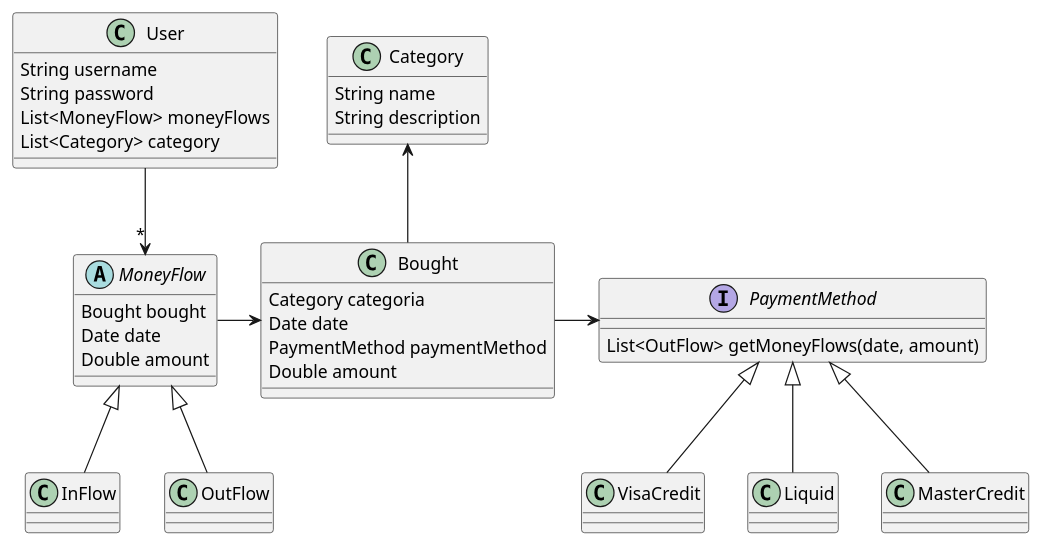
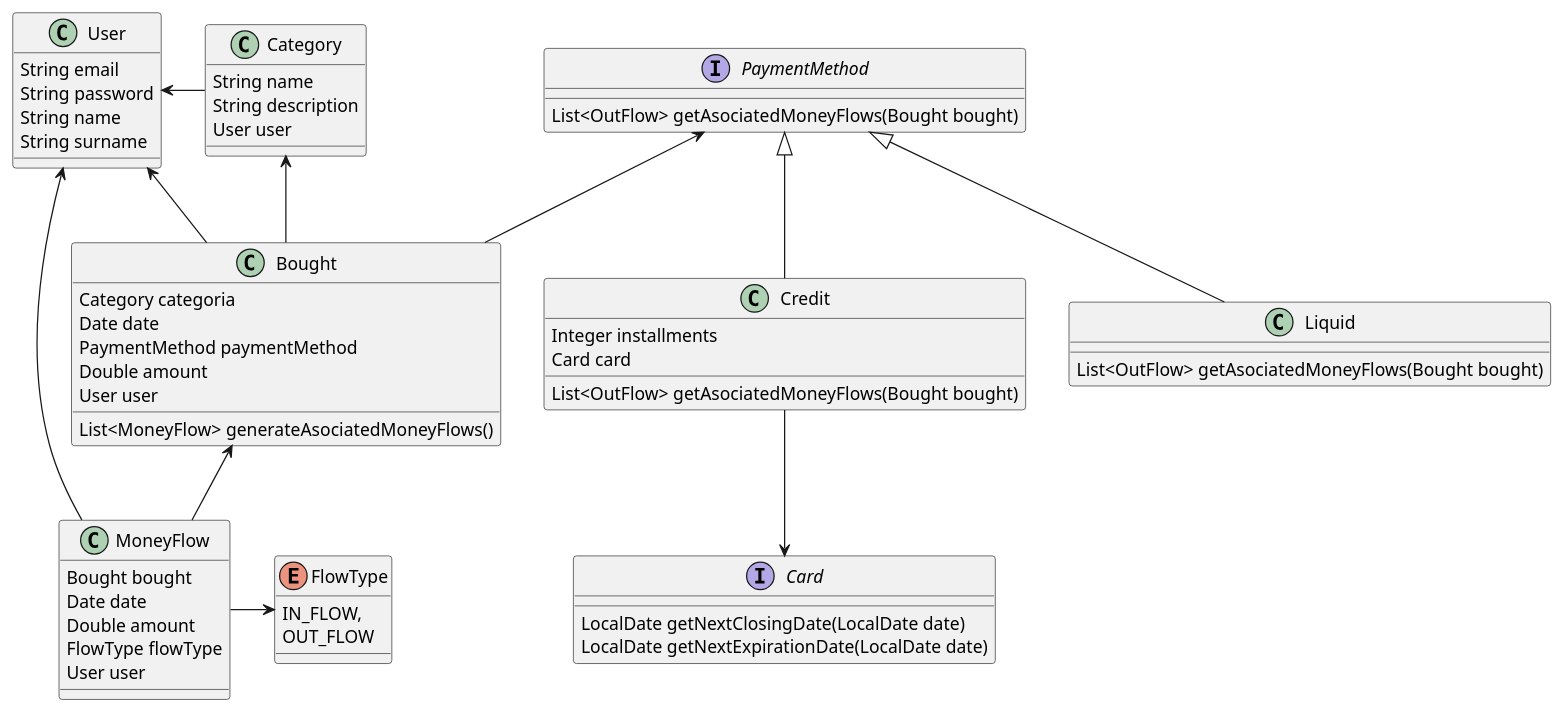
Before and after one commit to EmanuelConstanciodev/PersonalFinancesServer: the diagram in Class Diagram.puml, drawn with PlantUML. The commit also changed 19 other files, not shown here.

```diff
--- a/Class Diagram.puml
+++ b/Class Diagram.puml
@@ -1,57 +1,81 @@
 @startuml
 
 interface PaymentMethod {
-   List<OutFlow> getMoneyFlows(date, amount)
+   List<OutFlow> getAsociatedMoneyFlows(Bought bought)
 }
 
 class Bought {
    Category categoria
    Date date
    PaymentMethod paymentMethod
    Double amount
+   User user
+
+   List<MoneyFlow> generateAsociatedMoneyFlows()
+
 }
 
 class Category {
     String name
     String description
+    User user
 }
 
-abstract class MoneyFlow {
+class MoneyFlow {
     Bought bought
     Date date
     Double amount
+    FlowType flowType
+    User user
 }
 
-class InFlow
 
-class OutFlow
 
-class VisaCredit
 
-class Liquid
 
-class MasterCredit
+class Credit {
+    Integer installments
+    Card card
+    List<OutFlow> getAsociatedMoneyFlows(Bought bought)
+
+}
+
+interface Card {
+  LocalDate getNextClosingDate(LocalDate date)
+  LocalDate getNextExpirationDate(LocalDate date)
+}
+
+class Liquid {
+    List<OutFlow> getAsociatedMoneyFlows(Bought bought)
+}
+
 
 class User {
-    String username
+    String email
     String password
-    List<MoneyFlow> moneyFlows
-    List<Category> category
+    String name
+    String surname
+
 }
 
-VisaCredit -u-|> PaymentMethod
+enum FlowType {
+    IN_FLOW,
+    OUT_FLOW
+}
+
+Credit -u-|> PaymentMethod
 Liquid -u-|> PaymentMethod
-MasterCredit -u-|> PaymentMethod
 
 Bought -u-> Category
 
-Bought -r-> PaymentMethod
+Bought -u-> PaymentMethod
 
-MoneyFlow -> Bought
+MoneyFlow -u-> Bought
+Credit -d-> Card
 
-InFlow -u-|> MoneyFlow
-OutFlow -u-|> MoneyFlow
-
-User -->"*" MoneyFlow
+MoneyFlow -l-> User
+Bought -l-> User
+Category -l-> User
+MoneyFlow -r-> FlowType
 
 @enduml
```
